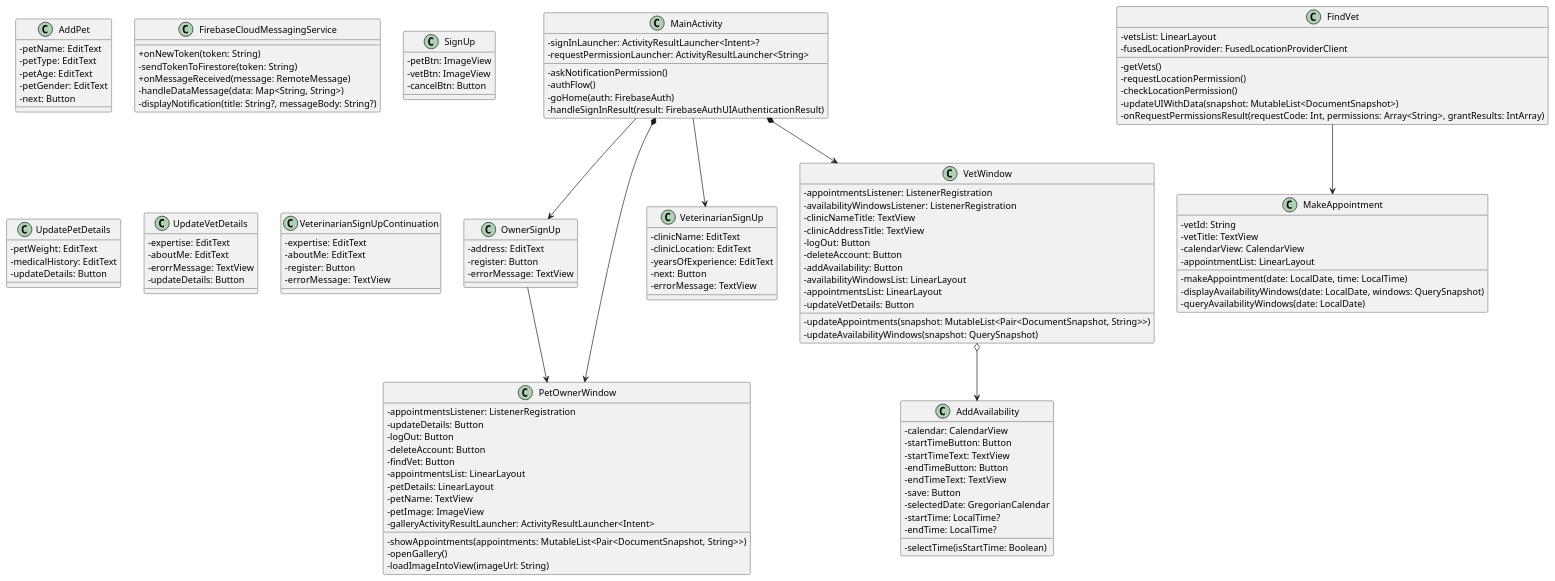
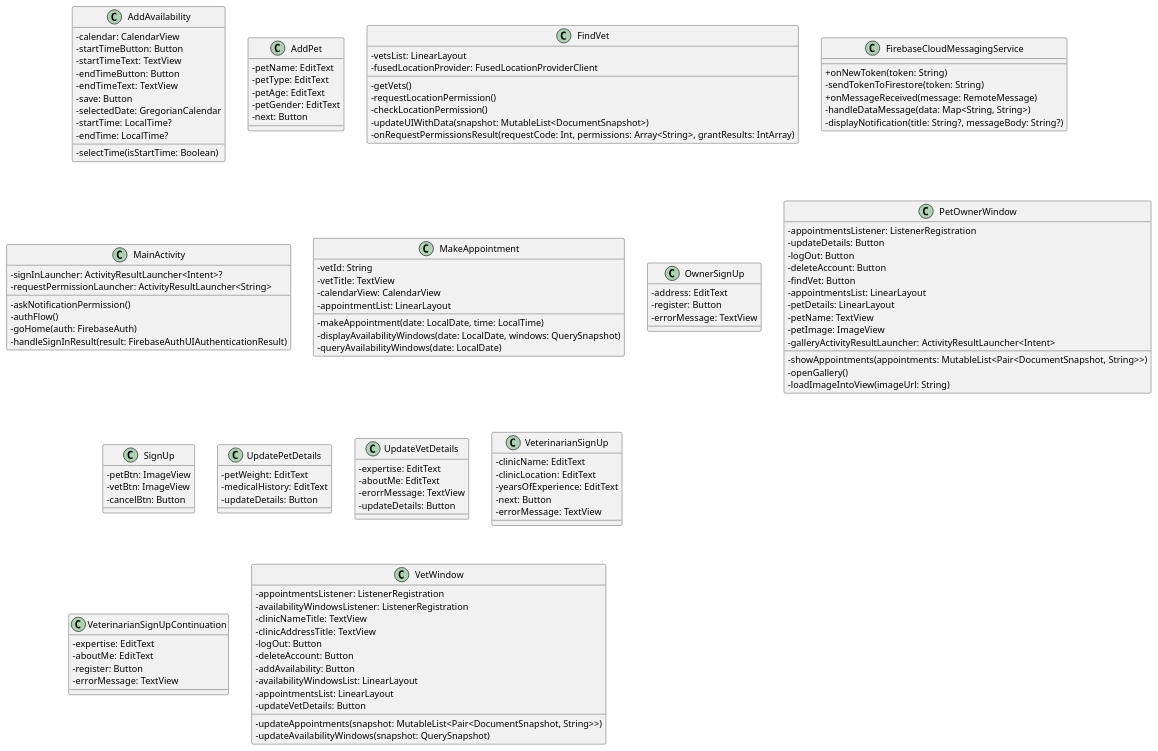
One commit to MyVet-app/MyVet changed the diagram in app/Diagrams/Class_diag.puml. Above: the diagram before and after it, drawn with PlantUML. The commit also changed 2 other files, not shown here.

Commit message:
Update diagrams

```diff
--- a/app/Diagrams/Class_diag.puml
+++ b/app/Diagrams/Class_diag.puml
@@ -1,141 +1,133 @@
 @startuml
 skinparam classAttributeIconSize 0
 
 class AddAvailability {
     - calendar: CalendarView
     - startTimeButton: Button
     - startTimeText: TextView
     - endTimeButton: Button
     - endTimeText: TextView
     - save: Button
     - selectedDate: GregorianCalendar
     - startTime: LocalTime?
     - endTime: LocalTime?
     - selectTime(isStartTime: Boolean)
 }
 
 class AddPet {
     - petName: EditText
     - petType: EditText
     - petAge: EditText
     - petGender: EditText
     - next: Button
 }
 
 class FindVet {
     - vetsList: LinearLayout
     - fusedLocationProvider: FusedLocationProviderClient
     - getVets()
     - requestLocationPermission()
     - checkLocationPermission()
     - updateUIWithData(snapshot: MutableList<DocumentSnapshot>)
     - onRequestPermissionsResult(requestCode: Int, permissions: Array<String>, grantResults: IntArray)
 }
 
 class FirebaseCloudMessagingService {
     + onNewToken(token: String)
     - sendTokenToFirestore(token: String)
     + onMessageReceived(message: RemoteMessage)
     - handleDataMessage(data: Map<String, String>)
     - displayNotification(title: String?, messageBody: String?)
 }
 
 class MainActivity {
     - signInLauncher: ActivityResultLauncher<Intent>?
     - requestPermissionLauncher: ActivityResultLauncher<String>
     - askNotificationPermission()
     - authFlow()
     - goHome(auth: FirebaseAuth)
     - handleSignInResult(result: FirebaseAuthUIAuthenticationResult)
 }
 
 class MakeAppointment {
     - vetId: String
     - vetTitle: TextView
     - calendarView: CalendarView
     - appointmentList: LinearLayout
     - makeAppointment(date: LocalDate, time: LocalTime)
     - displayAvailabilityWindows(date: LocalDate, windows: QuerySnapshot)
     - queryAvailabilityWindows(date: LocalDate)
 }
 
 class OwnerSignUp {
     - address: EditText
     - register: Button
     - errorMessage: TextView
 }
 
 class PetOwnerWindow {
     - appointmentsListener: ListenerRegistration
     - updateDetails: Button
     - logOut: Button
     - deleteAccount: Button
     - findVet: Button
     - appointmentsList: LinearLayout
     - petDetails: LinearLayout
     - petName: TextView
     - petImage: ImageView
     - showAppointments(appointments: MutableList<Pair<DocumentSnapshot, String>>)
     - openGallery()
     - galleryActivityResultLauncher: ActivityResultLauncher<Intent>
     - loadImageIntoView(imageUrl: String)
 }
 
 class SignUp {
     - petBtn: ImageView
     - vetBtn: ImageView
     - cancelBtn: Button
 }
 
 class UpdatePetDetails {
     - petWeight: EditText
     - medicalHistory: EditText
     - updateDetails: Button
 }
 
 class UpdateVetDetails {
     - expertise: EditText
     - aboutMe: EditText
     - erorrMessage: TextView
     - updateDetails: Button
 }
 
 class VeterinarianSignUp {
     - clinicName: EditText
     - clinicLocation: EditText
     - yearsOfExperience: EditText
     - next: Button
     - errorMessage: TextView
 }
 
 class VeterinarianSignUpContinuation {
     - expertise: EditText
     - aboutMe: EditText
     - register: Button
     - errorMessage: TextView
 }
 
 class VetWindow {
     - appointmentsListener: ListenerRegistration
     - availabilityWindowsListener: ListenerRegistration
     - clinicNameTitle: TextView
     - clinicAddressTitle: TextView
     - logOut: Button
     - deleteAccount: Button
     - addAvailability: Button
     - availabilityWindowsList: LinearLayout
     - appointmentsList: LinearLayout
     - updateVetDetails: Button
     - updateAppointments(snapshot: MutableList<Pair<DocumentSnapshot, String>>)
     - updateAvailabilityWindows(snapshot: QuerySnapshot)
 }
 
-MainActivity *--> PetOwnerWindow
-MainActivity *--> VetWindow
-VetWindow o--> AddAvailability
-OwnerSignUp --> PetOwnerWindow
-FindVet --> MakeAppointment
-MainActivity --> OwnerSignUp
-MainActivity --> VeterinarianSignUp
-
 @enduml
```
